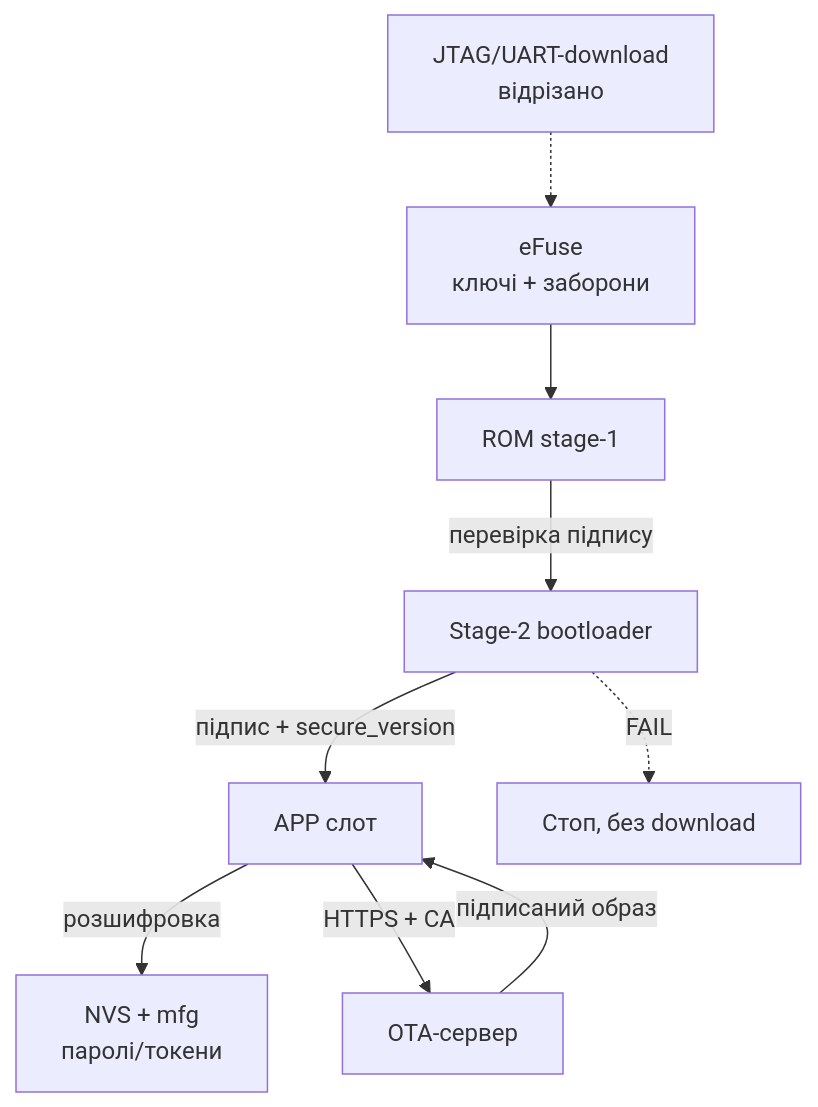
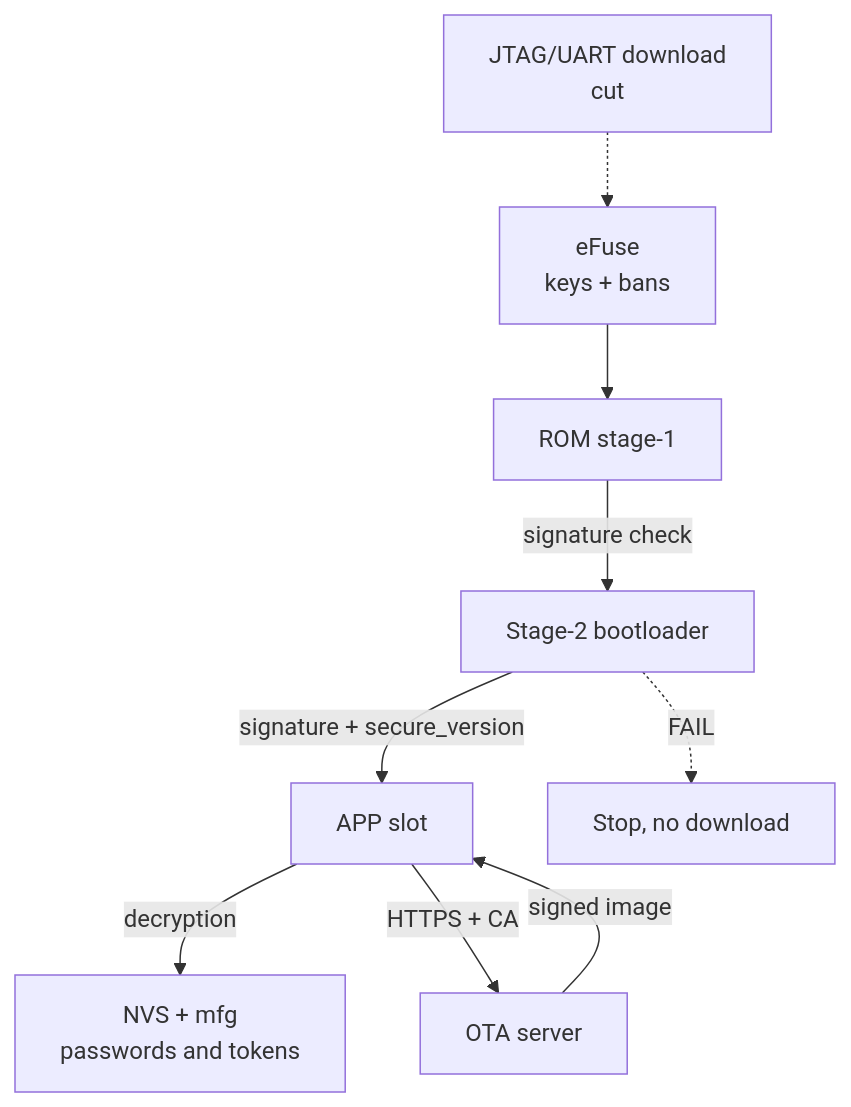
One commit to ksalab/embedded-reference changed the diagram in obsidian_vault/ESP32-Reference/EN/15-Protocols/06-Secure-Boot.en.md. Above: the diagram before and after it, drawn with Mermaid. The commit also changed other lines of this file and 76 other files, not shown here.

````diff
--- a/obsidian_vault/ESP32-Reference/EN/15-Protocols/06-Secure-Boot.en.md
+++ b/obsidian_vault/ESP32-Reference/EN/15-Protocols/06-Secure-Boot.en.md
@@ -97,11 +97,11 @@
 ```mermaid
 graph TD
-    EF[eFuse<br/>ключі + заборони] --> ROM[ROM stage-1]
-    ROM -->|перевірка підпису| BL[Stage-2 bootloader]
-    BL -->|підпис + secure_version| APP[APP слот]
-    APP -->|розшифровка| NVS[NVS + mfg<br/>паролі/токени]
-    APP -->|HTTPS + CA| OTA[OTA-сервер]
-    OTA -->|підписаний образ| APP
-    BL -.->|FAIL| STOP[Стоп, без download]
-    JTAG[JTAG/UART-download<br/>відрізано] -.-> EF
+    EF[eFuse<br/>keys + bans] --> ROM[ROM stage-1]
+    ROM -->|signature check| BL[Stage-2 bootloader]
+    BL -->|signature + secure_version| APP[APP slot]
+    APP -->|decryption| NVS[NVS + mfg<br/>passwords and tokens]
+    APP -->|HTTPS + CA| OTA[OTA server]
+    OTA -->|signed image| APP
+    BL -.->|FAIL| STOP[Stop, no download]
+    JTAG[JTAG/UART download<br/>cut] -.-> EF
 ```
````
